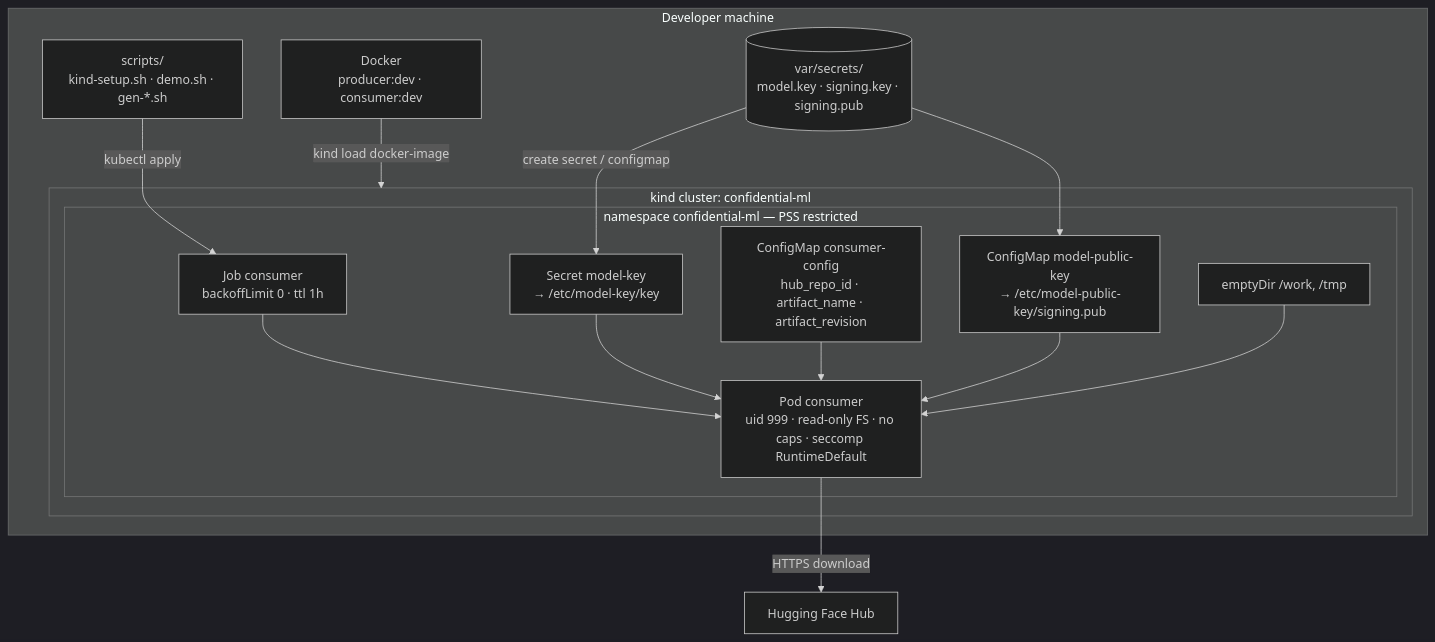
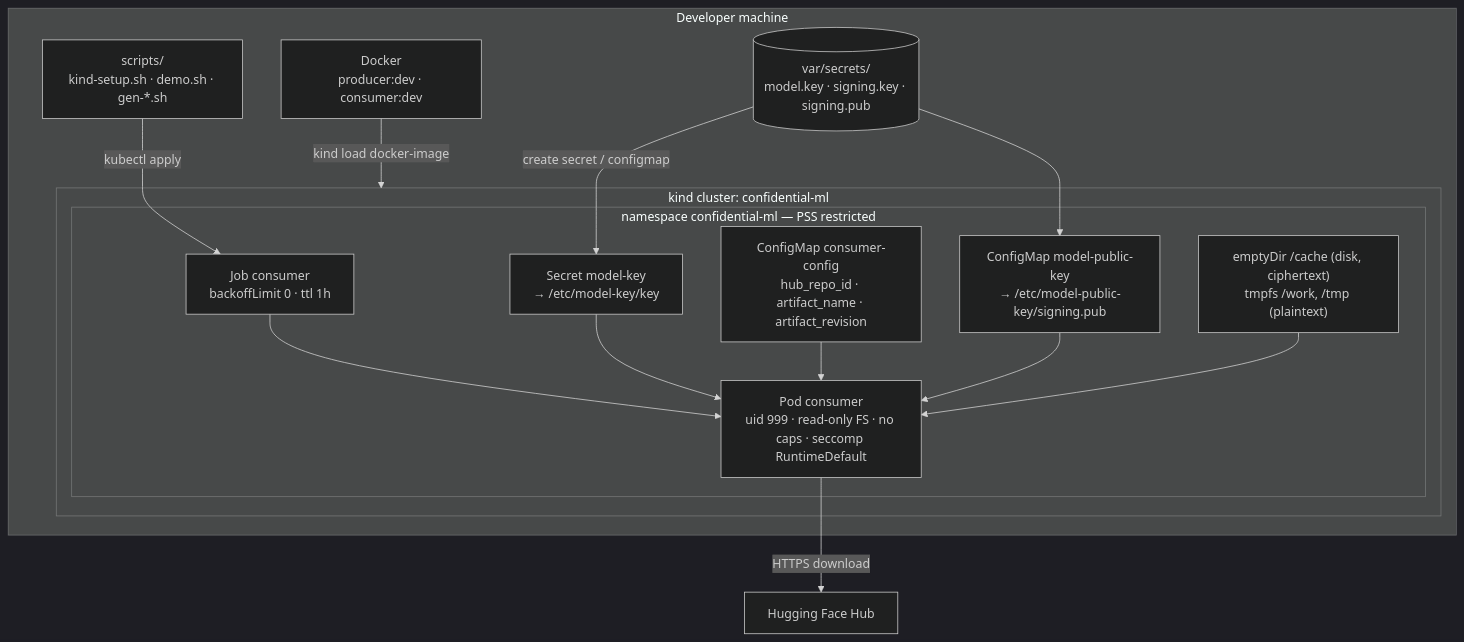
The seventh of 8 diagrams in docs/architecture.md (jesuscumpli/confidential-ml-model-delivery), drawn with Mermaid (dark theme) before and after one commit. The commit also changed other lines of this file and 8 other files, not shown here.

````diff
--- a/docs/architecture.md
+++ b/docs/architecture.md
@@ -301,30 +311,30 @@
 ```mermaid
 flowchart TB
     subgraph HOST["Developer machine"]
         DOCKER["Docker<br/>producer:dev · consumer:dev"]
         SCRIPTS["scripts/<br/>kind-setup.sh · demo.sh · gen-*.sh"]
         VAR[("var/secrets/<br/>model.key · signing.key · signing.pub")]
         subgraph KIND["kind cluster: confidential-ml"]
             subgraph NS["namespace confidential-ml — PSS restricted"]
                 JOB["Job consumer<br/>backoffLimit 0 · ttl 1h"]
                 POD["Pod consumer<br/>uid 999 · read-only FS · no caps · seccomp RuntimeDefault"]
                 SEC["Secret model-key<br/>→ /etc/model-key/key"]
                 CM1["ConfigMap consumer-config<br/>hub_repo_id · artifact_name · artifact_revision"]
                 CM2["ConfigMap model-public-key<br/>→ /etc/model-public-key/signing.pub"]
-                ED["emptyDir /work, /tmp"]
+                ED["emptyDir /cache (disk, ciphertext)<br/>tmpfs /work, /tmp (plaintext)"]
             end
         end
     end
     HUB["Hugging Face Hub"]
 
     DOCKER -- "kind load docker-image" --> KIND
     SCRIPTS -- "kubectl apply" --> JOB
     VAR -- "create secret / configmap" --> SEC
     VAR --> CM2
     JOB --> POD
     SEC --> POD
     CM1 --> POD
     CM2 --> POD
     ED --> POD
     POD -- "HTTPS download" --> HUB
 ```
````
